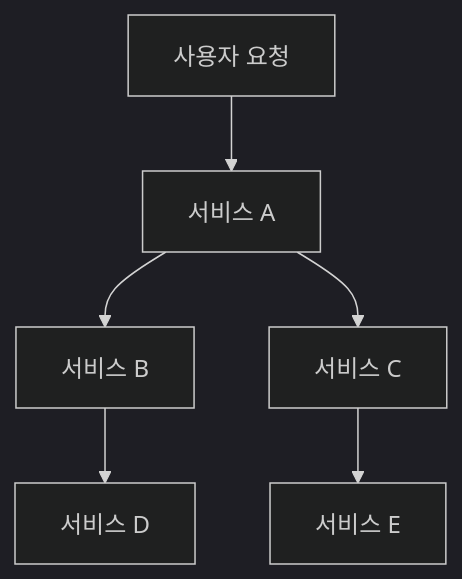
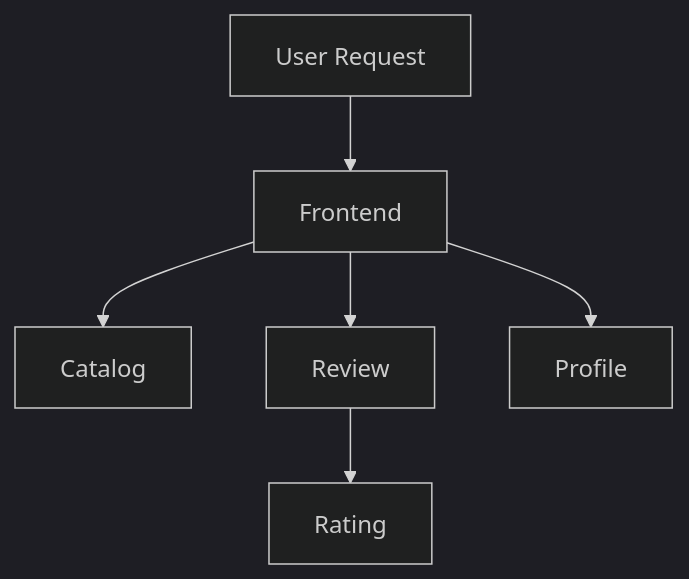
Before and after one commit to rlaehdwn0105/istio-study: the second of 11 diagrams in posts/week1-istio-intro.md, drawn with Mermaid (dark theme). The commit also changed other lines of this file and 1 other file, not shown here.

````diff
--- a/posts/week1-istio-intro.md
+++ b/posts/week1-istio-intro.md
@@ -29,8 +72,8 @@
 ```mermaid
 flowchart TD
-    U[사용자 요청] --> A[서비스 A]
-    A --> B[서비스 B]
-    A --> C[서비스 C]
-    B --> D[서비스 D]
-    C --> E[서비스 E]
+    U[User Request] --> A[Frontend]
+    A --> B[Catalog]
+    A --> C[Review]
+    C --> D[Rating]
+    A --> E[Profile]
 ```
````
